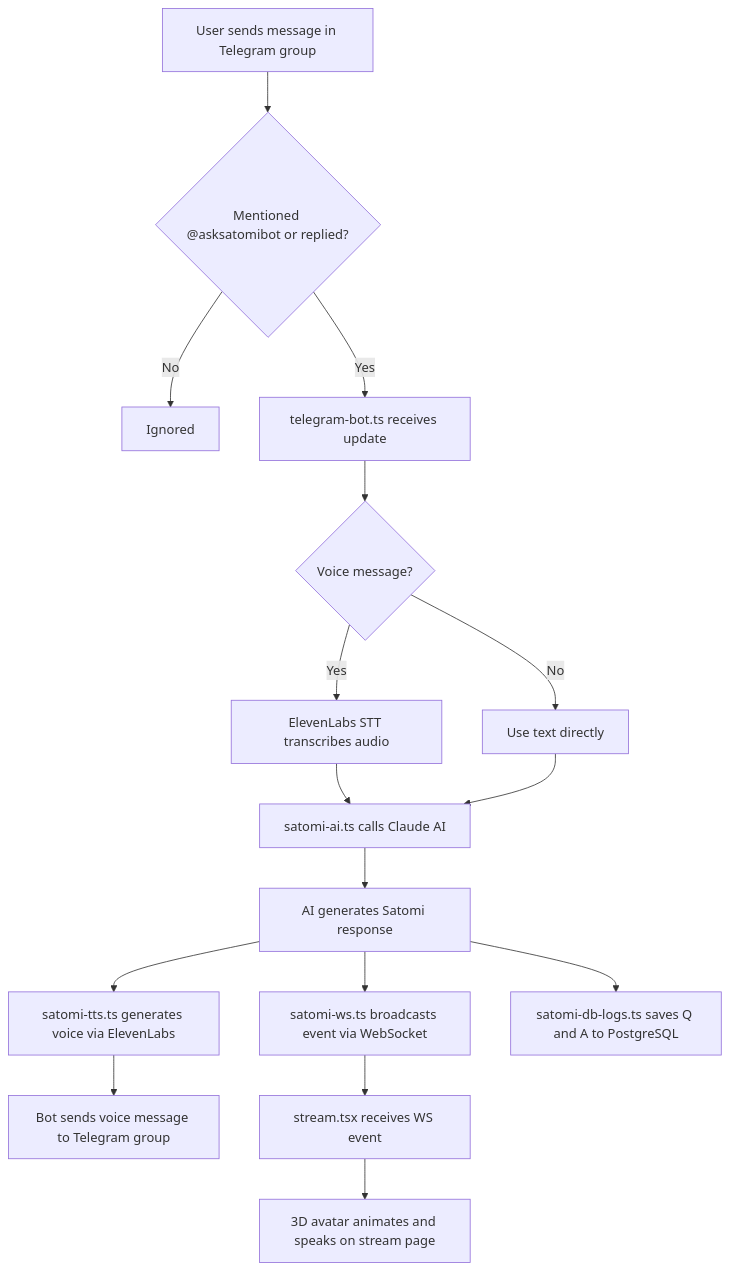
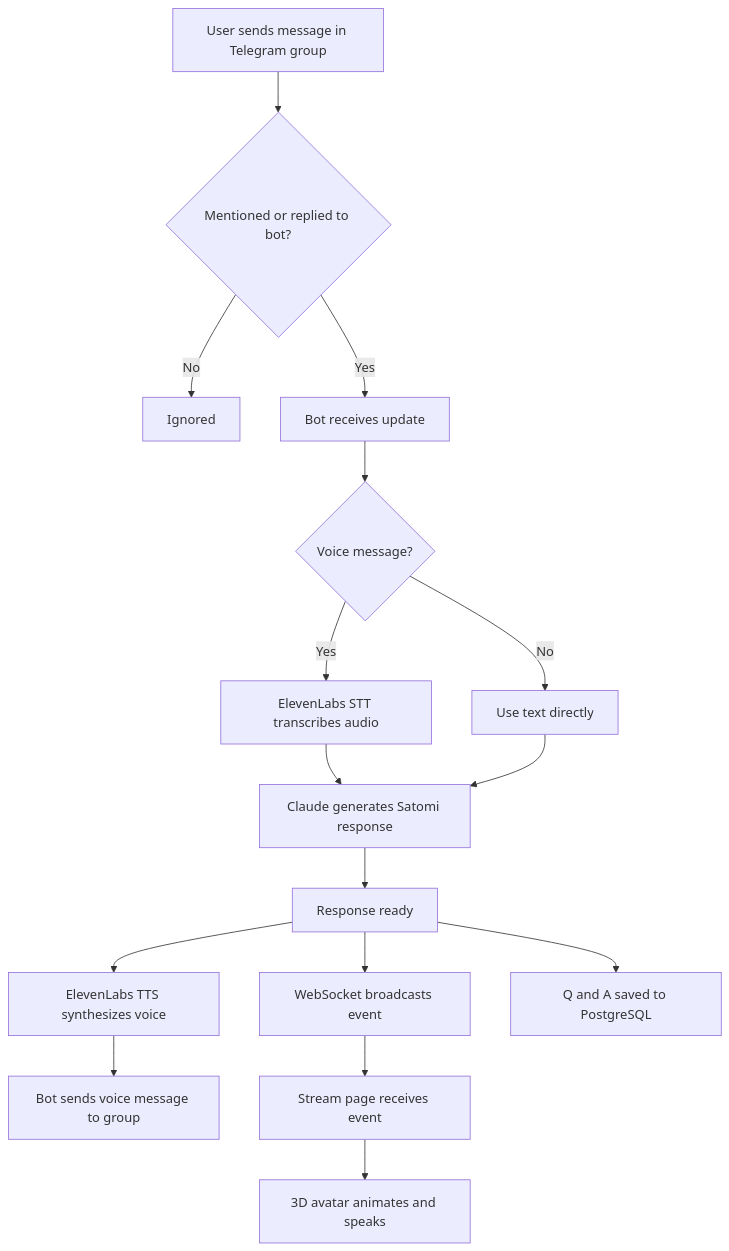
One commit to satominakamichi/.github changed the first of 3 diagrams in profile/README.md. Above: the diagram before and after it, drawn with Mermaid. The commit also changed other lines of this file, not shown here.

Commit message:
update profile: remove labels, add Twitter system diagram

````diff
--- a/profile/README.md
+++ b/profile/README.md
@@ -24,18 +23,18 @@
   ```mermaid
   flowchart TD
-      A[User sends message in Telegram group] --> B{Mentioned @asksatomibot or replied?}
+      A[User sends message in Telegram group] --> B{Mentioned or replied to bot?}
       B -- No --> Z[Ignored]
-      B -- Yes --> C[telegram-bot.ts receives update]
+      B -- Yes --> C[Bot receives update]
       C --> D{Voice message?}
       D -- Yes --> E[ElevenLabs STT transcribes audio]
       D -- No --> F[Use text directly]
-      E --> G[satomi-ai.ts calls Claude AI]
+      E --> G[Claude generates Satomi response]
       F --> G
-      G --> H[AI generates Satomi response]
-      H --> I[satomi-tts.ts generates voice via ElevenLabs]
-      H --> J[satomi-ws.ts broadcasts event via WebSocket]
-      I --> K[Bot sends voice message to Telegram group]
-      J --> L[stream.tsx receives WS event]
-      L --> M[3D avatar animates and speaks on stream page]
-      H --> N[satomi-db-logs.ts saves Q and A to PostgreSQL]
+      G --> H[Response ready]
+      H --> I[ElevenLabs TTS synthesizes voice]
+      H --> J[WebSocket broadcasts event]
+      I --> K[Bot sends voice message to group]
+      J --> L[Stream page receives event]
+      L --> M[3D avatar animates and speaks]
+      H --> N[Q and A saved to PostgreSQL]
   ```
````
